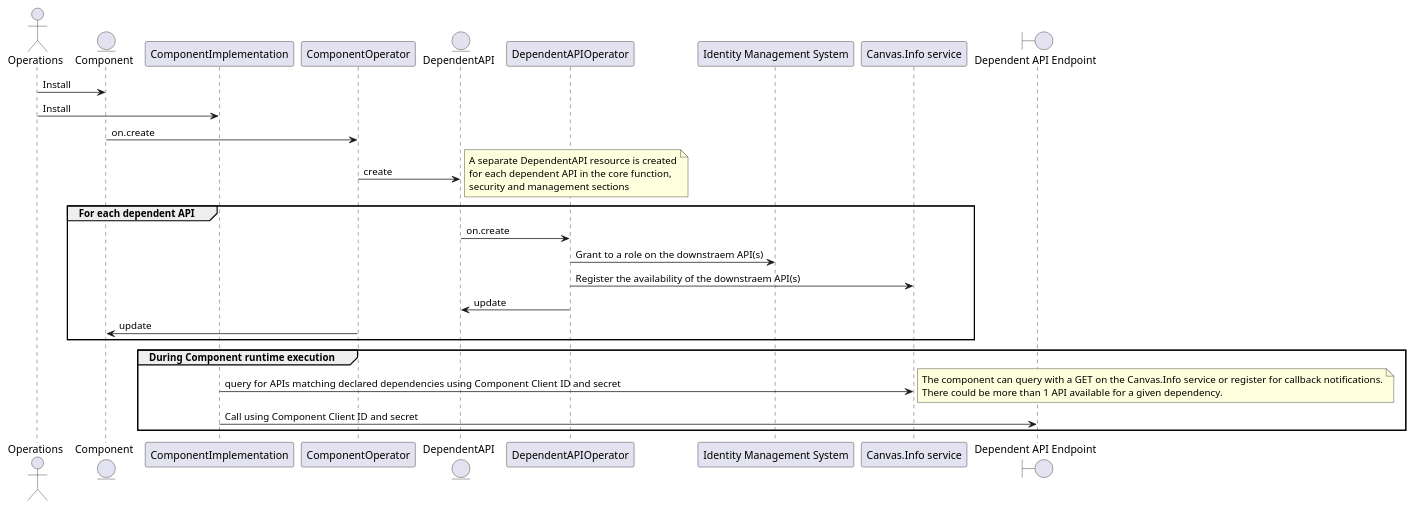
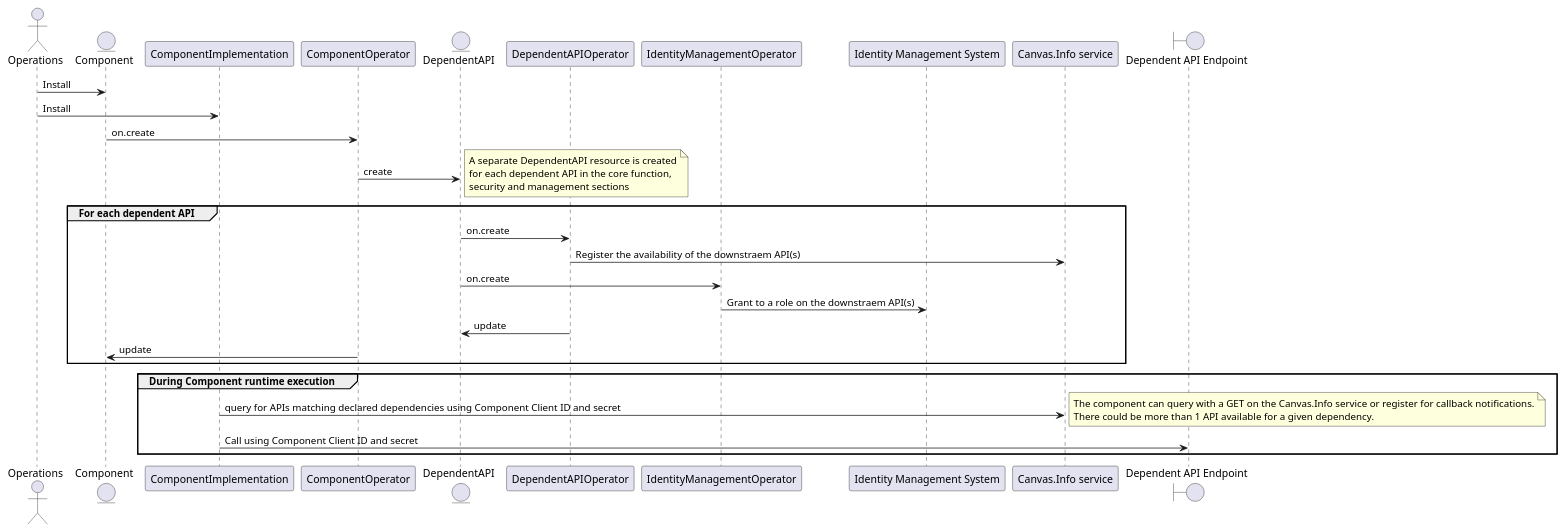
The diagram in usecase-library/pumlFiles/discover-dependent-API.puml (tmforum-oda/oda-canvas), drawn with PlantUML before and after one commit.

Commit message:
Updated so the IdentityManagementOperator also listens to DependentAPI resources

```diff
--- a/usecase-library/pumlFiles/discover-dependent-API.puml
+++ b/usecase-library/pumlFiles/discover-dependent-API.puml
@@ -1,39 +1,42 @@
 @startuml
 
 actor Operations
 entity Component
 participant ComponentImplementation
 participant ComponentOperator
 entity DependentAPI
 participant DependentAPIOperator
+participant IdentityManagementOperator
 participant "Identity Management System"
 participant "Canvas.Info service"
 boundary "Dependent API Endpoint"
 
 
 Operations -> Component : Install
 Operations -> ComponentImplementation : Install
 Component -> ComponentOperator: on.create 
 ComponentOperator -> DependentAPI: create
 note right
     A separate DependentAPI resource is created
     for each dependent API in the core function,
     security and management sections
 end note
 group For each dependent API
     DependentAPI -> DependentAPIOperator: on.create
-    DependentAPIOperator -> "Identity Management System" : Grant to a role on the downstraem API(s)
     DependentAPIOperator -> "Canvas.Info service" : Register the availability of the downstraem API(s)
+    DependentAPI -> IdentityManagementOperator: on.create
+    IdentityManagementOperator -> "Identity Management System" : Grant to a role on the downstraem API(s)
+
     DependentAPI <- DependentAPIOperator: update
     Component <- ComponentOperator: update 
 end
 group During Component runtime execution
     ComponentImplementation -> "Canvas.Info service": query for APIs matching declared dependencies using Component Client ID and secret
     note right
         The component can query with a GET on the Canvas.Info service or register for callback notifications.
         There could be more than 1 API available for a given dependency.
     end note
     ComponentImplementation -> "Dependent API Endpoint": Call using Component Client ID and secret
 
 end
 @enduml
```
